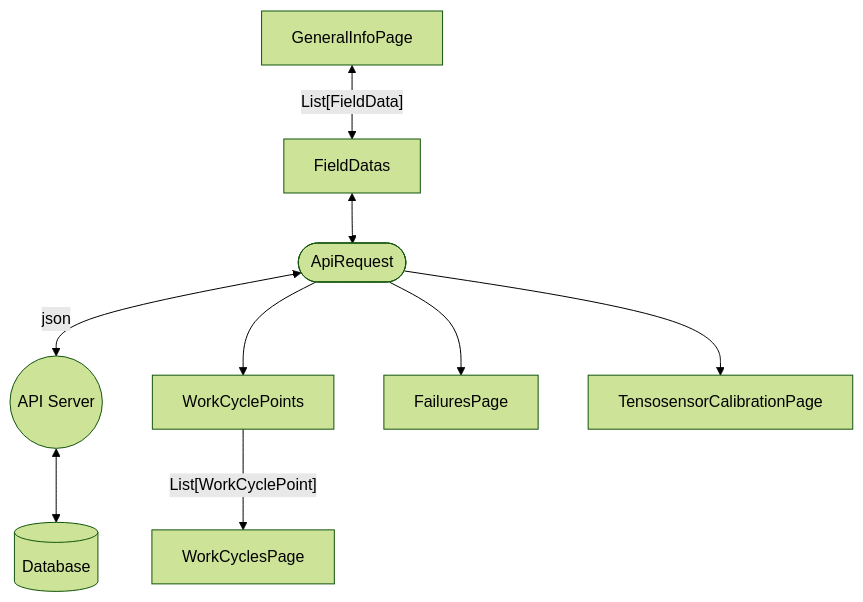
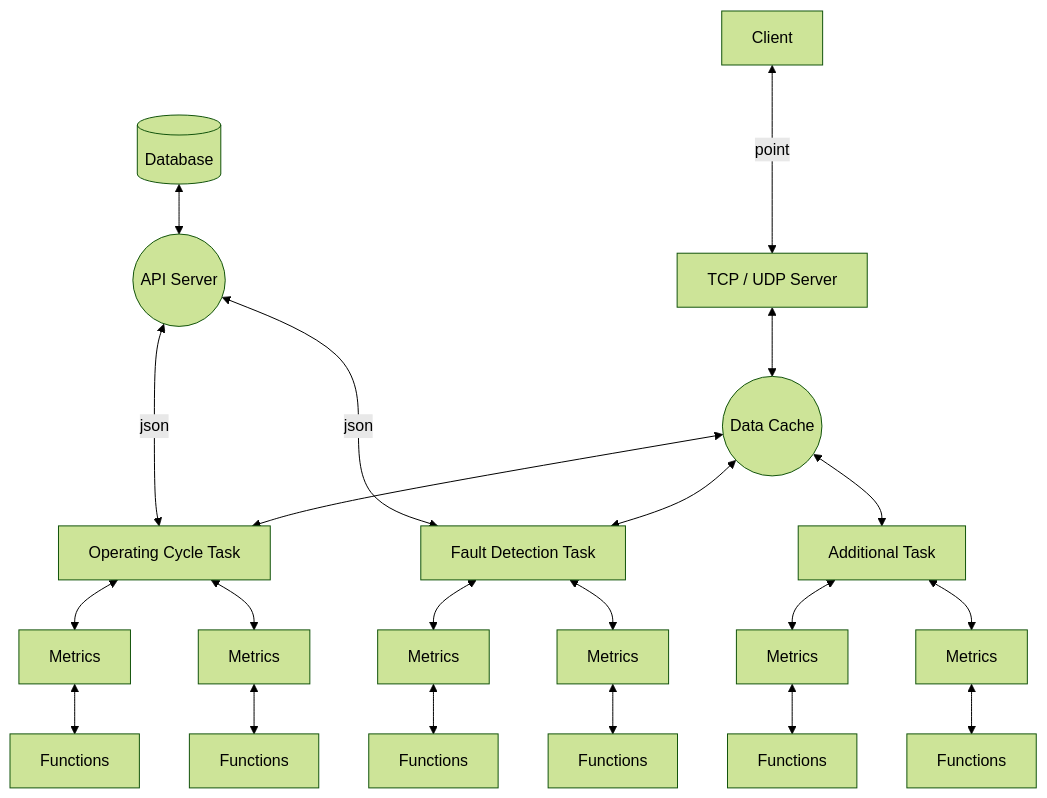
The diagram in readme.md (a-givertzman/fr-service), drawn with Mermaid (forest theme) before and after one commit.

````diff
--- a/readme.md
+++ b/readme.md
@@ -9,20 +9,44 @@
 ```mermaid
 flowchart TD;
-   client([ApiRequest]);
+   clients[Client];
+   server[TCP / UDP Server];
+   dataCache((Data Cache));
    api((API Server));
-   field_datas[FieldDatas];
    db[(Database)];
-   general_info[GeneralInfoPage];
-   work_cycle_points[WorkCyclePoints];
-   work_cycles[WorkCyclesPage];
-   failures[FailuresPage];
-   tensosensor_calibration[TensosensorCalibrationPage];
-   api <--> db;
-   client<-->|json|api;
-   field_datas  <--> client;
-   general_info <--> |"List[FieldData]"| field_datas;
-   client --> work_cycle_points;
-   work_cycle_points --> |"List[WorkCyclePoint]"| work_cycles;
-   client --> failures;
-   client --> tensosensor_calibration;
+   task1[Operating Cycle Task];
+   task2[Fault Detection Task];
+   task3[Additional Task];
+   faultDetectionMetrics1[Metrics]
+   faultDetectionMetrics2[Metrics]
+   operatingCycleMetrics1[Metrics];
+   operatingCycleMetrics2[Metrics];
+   additionalMetrics1[Metrics];
+   additionalMetrics2[Metrics];
+   faultDetectionFunctions1[Functions]
+   faultDetectionFunctions2[Functions]
+   operatingCycleFunctions1[Functions];
+   operatingCycleFunctions2[Functions];
+   additionalfunctions1[Functions];
+   additionalfunctions2[Functions];
+
+   db <--> api;
+   api<--->|json|task1;
+   api<-->|json|task2;
+   server  <--> dataCache;
+   clients <---> |point| server;
+   dataCache <--> task1;
+   dataCache <--> task2;
+   dataCache <--> task3;
+   task1 <--> | | operatingCycleMetrics1;
+   task1 <--> | | operatingCycleMetrics2;
+   task2 <--> faultDetectionMetrics1
+   task2 <--> faultDetectionMetrics2
+   task3 <--> additionalMetrics1
+   task3 <--> additionalMetrics2
+   additionalMetrics1 <--> additionalfunctions1
+   additionalMetrics2 <--> additionalfunctions2
+   faultDetectionMetrics1 <--> faultDetectionFunctions1
+   faultDetectionMetrics2 <--> faultDetectionFunctions2
+   operatingCycleMetrics1 <--> operatingCycleFunctions1
+   operatingCycleMetrics2 <--> operatingCycleFunctions2
 ```
````
